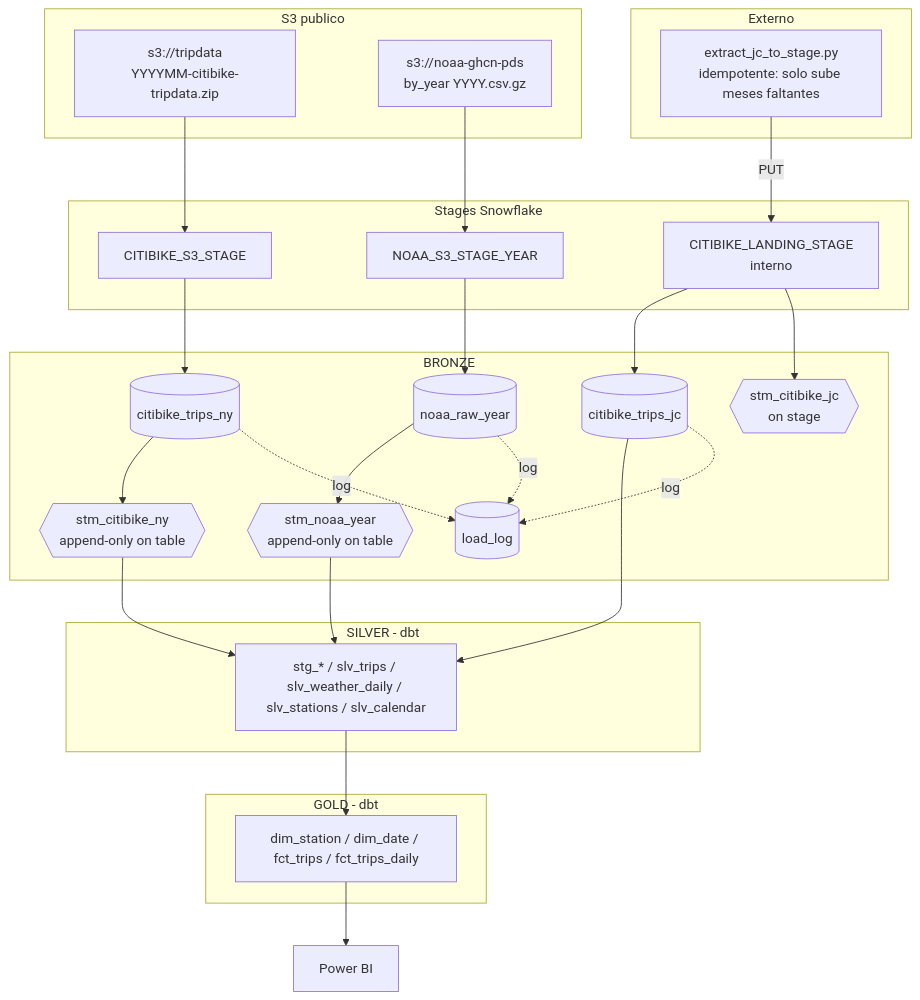
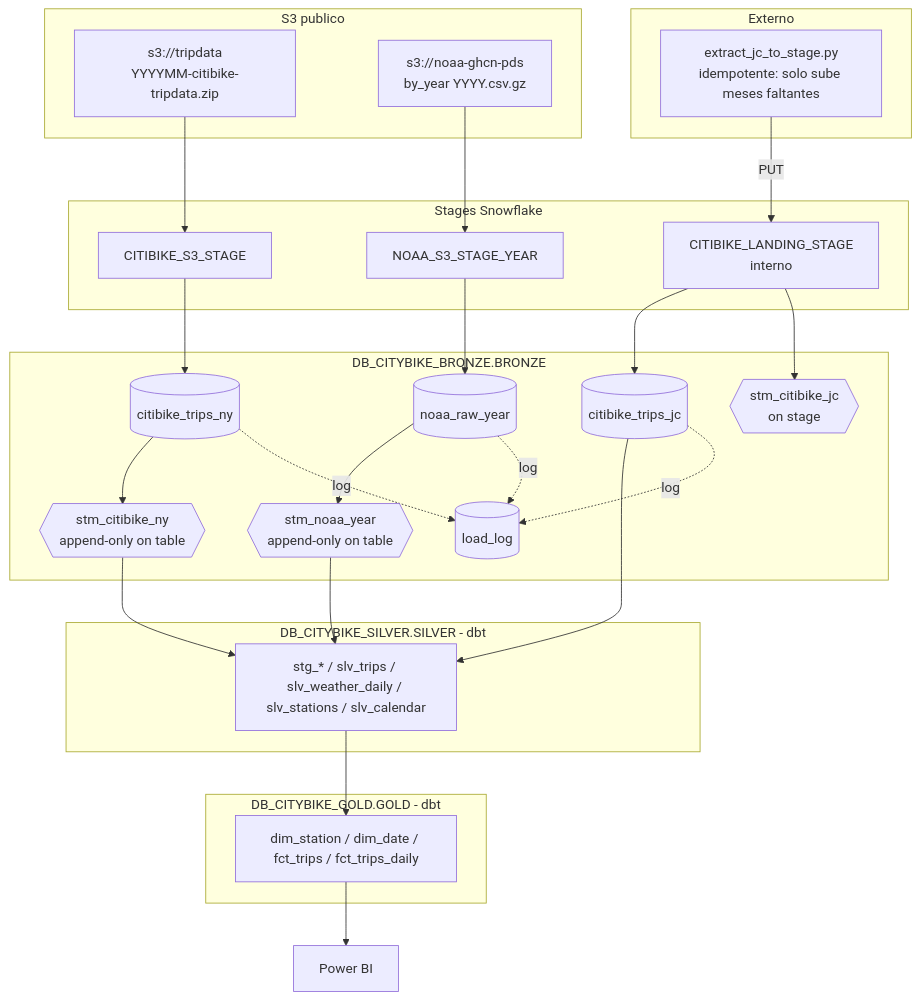
Before and after one commit to Rlizaran/Snowflake_proyect: the first of 2 diagrams in README.md, drawn with Mermaid. The commit also changed other lines of this file and 15 other files, not shown here.

````diff
--- a/README.md
+++ b/README.md
@@ -14,55 +14,55 @@
 ```mermaid
 flowchart TD
     subgraph EXT[Externo]
         PY[extract_jc_to_stage.py<br/>idempotente: solo sube meses faltantes]
     end
 
     subgraph S3[S3 publico]
         S3NY[s3://tripdata<br/>YYYYMM-citibike-tripdata.zip]
         S3NOAA[s3://noaa-ghcn-pds<br/>by_year YYYY.csv.gz]
     end
 
     subgraph STAGES[Stages Snowflake]
         STG_NY[CITIBIKE_S3_STAGE]
         STG_JC[CITIBIKE_LANDING_STAGE<br/>interno]
         STG_NOAA[NOAA_S3_STAGE_YEAR]
     end
 
-    subgraph BRONZE[BRONZE]
+    subgraph BRONZE[DB_CITYBIKE_BRONZE.BRONZE]
         T_NY[(citibike_trips_ny)]
         T_JC[(citibike_trips_jc)]
         T_NOAA[(noaa_raw_year)]
         LOG[(load_log)]
         STM_NY{{stm_citibike_ny<br/>append-only on table}}
         STM_JC{{stm_citibike_jc<br/>on stage}}
         STM_NOAA{{stm_noaa_year<br/>append-only on table}}
     end
 
-    subgraph SILVER[SILVER - dbt]
+    subgraph SILVER[DB_CITYBIKE_SILVER.SILVER - dbt]
         SLV[stg_* / slv_trips / slv_weather_daily / slv_stations / slv_calendar]
     end
 
-    subgraph GOLD[GOLD - dbt]
+    subgraph GOLD[DB_CITYBIKE_GOLD.GOLD - dbt]
         GLD[dim_station / dim_date / fct_trips / fct_trips_daily]
     end
 
     PBI[Power BI]
 
     S3NY --> STG_NY --> T_NY
     PY -- PUT --> STG_JC --> T_JC
     S3NOAA --> STG_NOAA --> T_NOAA
 
     T_NY --> STM_NY
     STG_JC --> STM_JC
     T_NOAA --> STM_NOAA
 
     STM_NY --> SLV
     STM_NOAA --> SLV
     T_JC --> SLV
 
     SLV --> GLD --> PBI
 
     T_NY -.log.-> LOG
     T_JC -.log.-> LOG
     T_NOAA -.log.-> LOG
 ```
````
